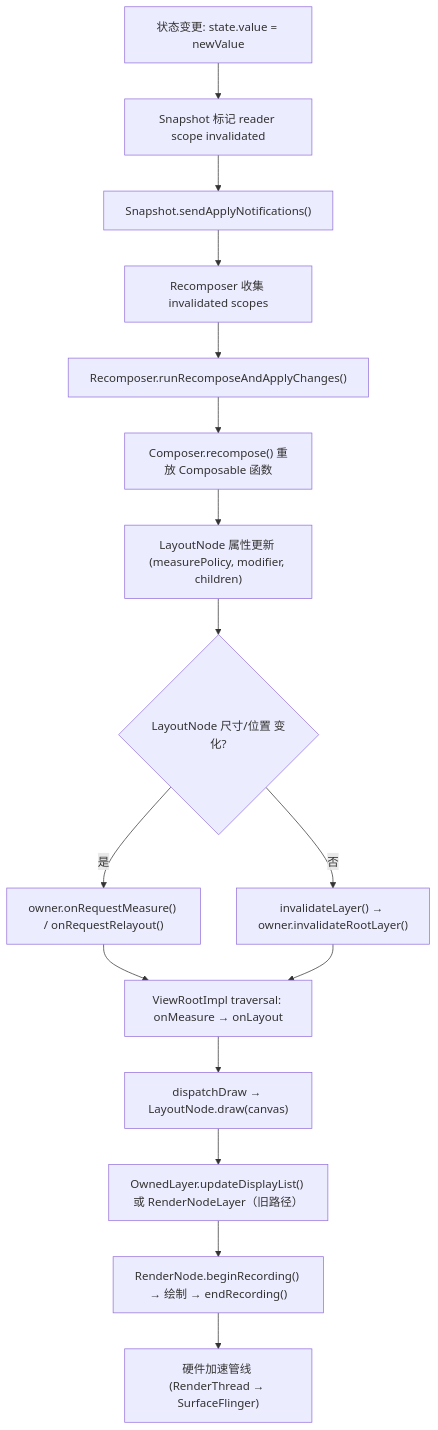
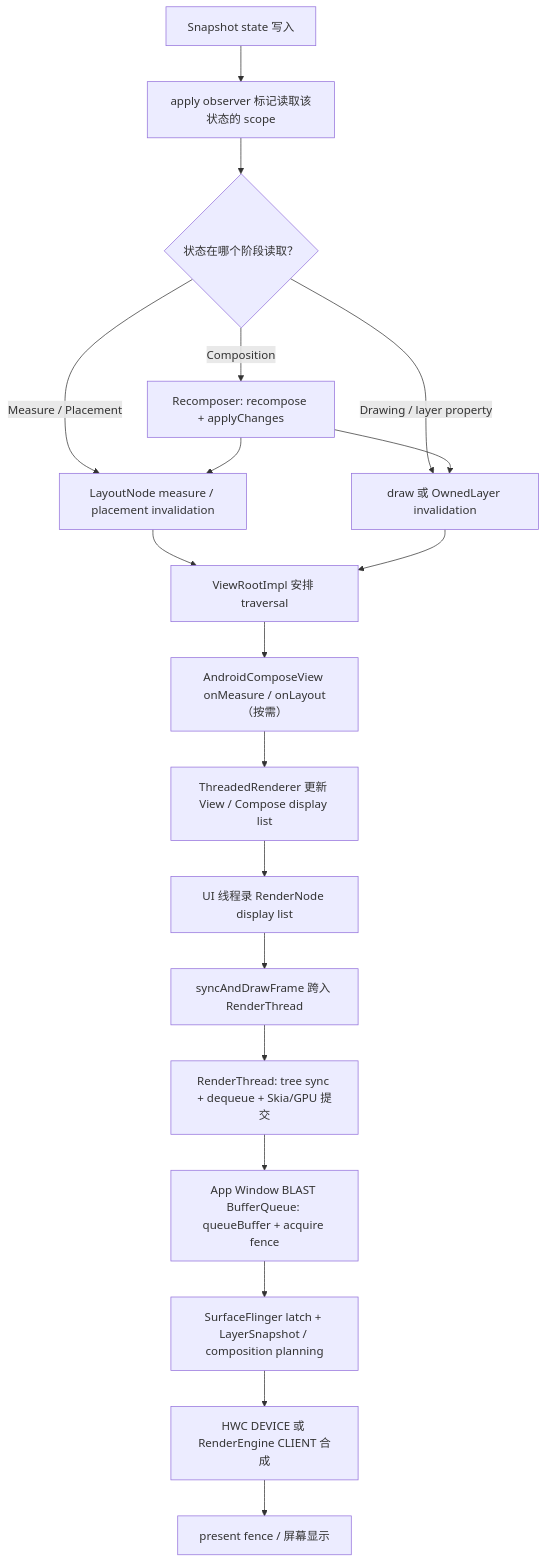
One commit to Gracker/android-internals-wiki changed the second of 2 diagrams in src/part2-performance/ch18-rendering-pipelines/25-compose-rendering-pipeline.md. Above: the diagram before and after it, drawn with Mermaid. The commit also changed other lines of this file, not shown here.

Commit message:
docs(rendering): review Compose pipeline for Android 17

````diff
--- a/src/part2-performance/ch18-rendering-pipelines/25-compose-rendering-pipeline.md
+++ b/src/part2-performance/ch18-rendering-pipelines/25-compose-rendering-pipeline.md
@@ -223,18 +255,21 @@
 ```mermaid
 flowchart TD
-    A["状态变更: state.value = newValue"] --> B["Snapshot 标记 reader scope invalidated"]
-    B --> C["Snapshot.sendApplyNotifications()"]
-    C --> D["Recomposer 收集 invalidated scopes"]
-    D --> E["Recomposer.runRecomposeAndApplyChanges()"]
-    E --> F["Composer.recompose() 重放 Composable 函数"]
-    F --> G["LayoutNode 属性更新 (measurePolicy, modifier, children)"]
-    G --> H{"LayoutNode 尺寸/位置 变化?"}
-    H -->|是| I["owner.onRequestMeasure() / onRequestRelayout()"]
-    H -->|否| J["invalidateLayer() → owner.invalidateRootLayer()"]
-    I --> K["ViewRootImpl traversal: onMeasure → onLayout"]
-    J --> K
-    K --> L["dispatchDraw → LayoutNode.draw(canvas)"]
-    L --> M["OwnedLayer.updateDisplayList() 或 RenderNodeLayer（旧路径）"]
-    M --> N["RenderNode.beginRecording() → 绘制 → endRecording()"]
-    N --> O["硬件加速管线 (RenderThread → SurfaceFlinger)"]
+    A["Snapshot state 写入"] --> B["apply observer 标记读取该状态的 scope"]
+    B --> C{"状态在哪个阶段读取？"}
+    C -->|"Composition"| D["Recomposer: recompose + applyChanges"]
+    C -->|"Measure / Placement"| E["LayoutNode measure / placement invalidation"]
+    C -->|"Drawing / layer property"| F["draw 或 OwnedLayer invalidation"]
+    D --> E
+    D --> F
+    E --> G["ViewRootImpl 安排 traversal"]
+    F --> G
+    G --> H["AndroidComposeView onMeasure / onLayout（按需）"]
+    H --> I["ThreadedRenderer 更新 View / Compose display list"]
+    I --> J["UI 线程录 RenderNode display list"]
+    J --> K["syncAndDrawFrame 跨入 RenderThread"]
+    K --> L["RenderThread: tree sync + dequeue + Skia/GPU 提交"]
+    L --> M["App Window BLAST BufferQueue: queueBuffer + acquire fence"]
+    M --> N["SurfaceFlinger latch + LayerSnapshot / composition planning"]
+    N --> O["HWC DEVICE 或 RenderEngine CLIENT 合成"]
+    O --> P["present fence / 屏幕显示"]
 ```
````
